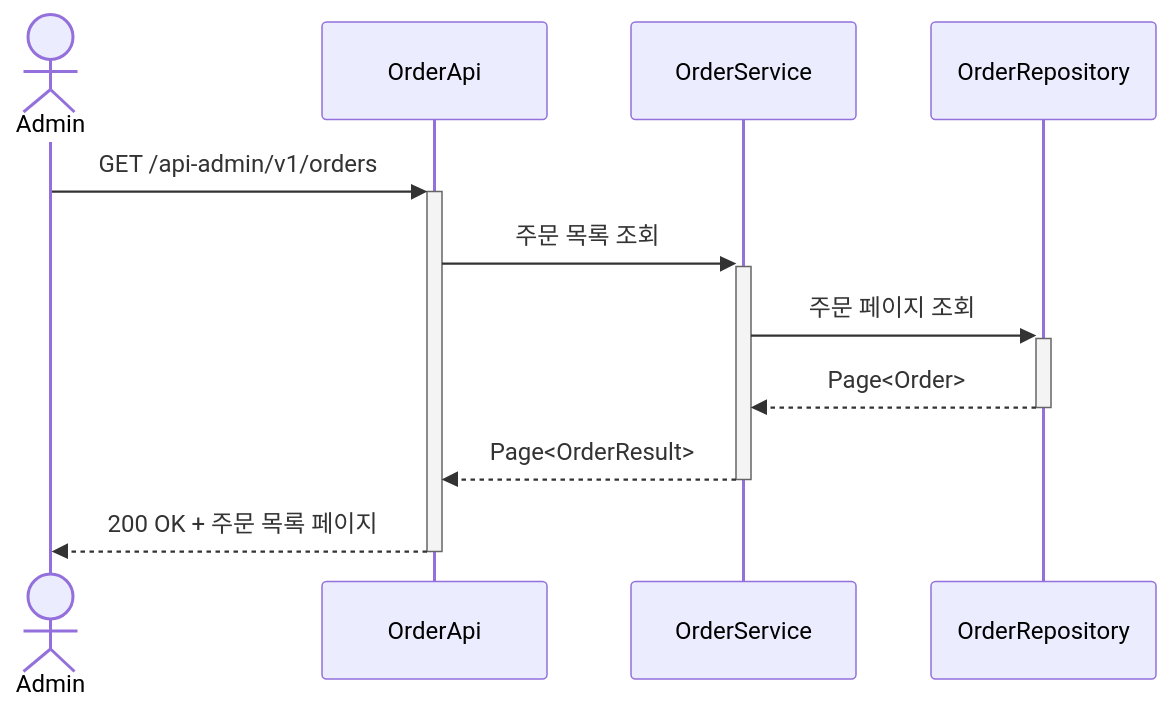
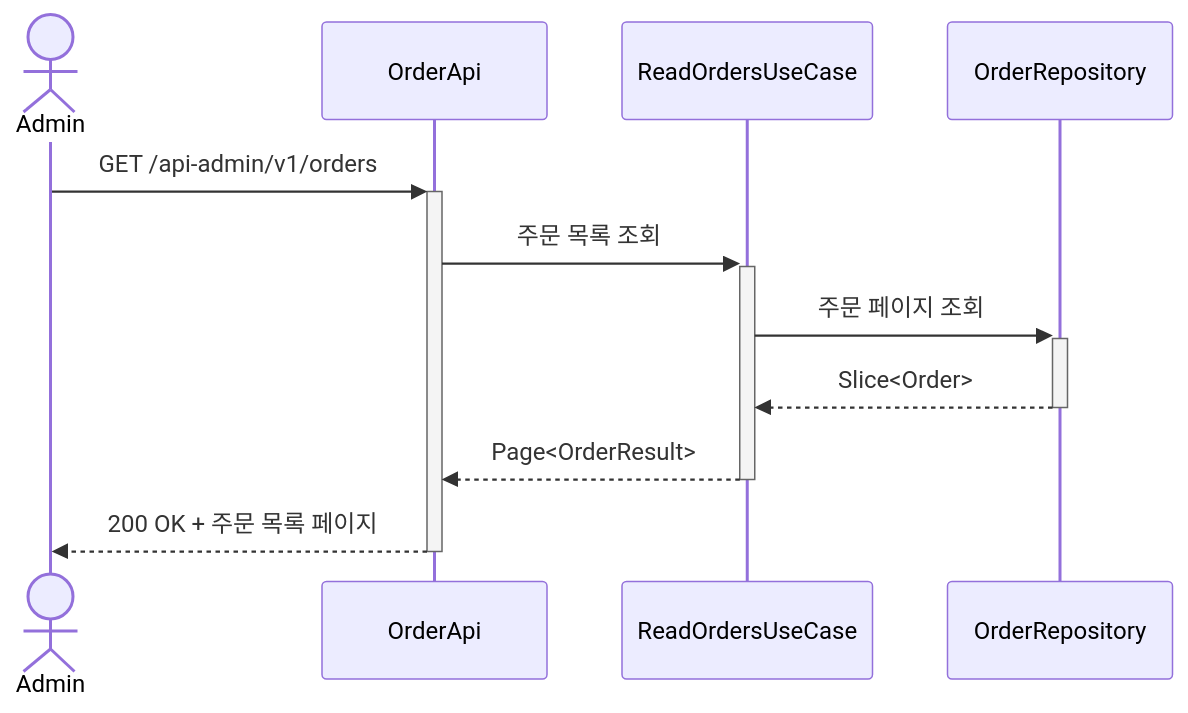
One commit to Loopers-dev-lab/loop-pack-be-l2-vol3-java changed diagram 19 of 23 in .docs/design/02-sequence-diagrams.md. Above: the diagram before and after it, drawn with Mermaid. The commit also changed other lines of this file and 88 other files, not shown here.

````diff
--- a/.docs/design/02-sequence-diagrams.md
+++ b/.docs/design/02-sequence-diagrams.md
@@ -640,14 +668,14 @@
 ```mermaid
 sequenceDiagram
     actor Admin
     participant OrderApi
-    participant OrderService
+    participant ReadOrdersUseCase
     participant OrderRepository
 
     Admin ->>+ OrderApi: GET /api-admin/v1/orders
-    OrderApi ->>+ OrderService: 주문 목록 조회
-    OrderService ->>+ OrderRepository: 주문 페이지 조회
-    OrderRepository -->>- OrderService: Page<Order>
-    OrderService -->>- OrderApi: Page<OrderResult>
+    OrderApi ->>+ ReadOrdersUseCase: 주문 목록 조회
+    ReadOrdersUseCase ->>+ OrderRepository: 주문 페이지 조회
+    OrderRepository -->>- ReadOrdersUseCase: Slice<Order>
+    ReadOrdersUseCase -->>- OrderApi: Page<OrderResult>
     OrderApi -->>- Admin: 200 OK + 주문 목록 페이지
 ```
````
